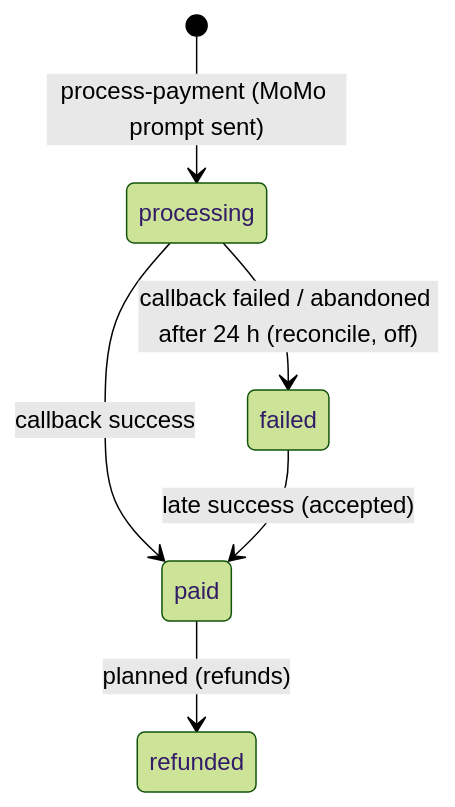
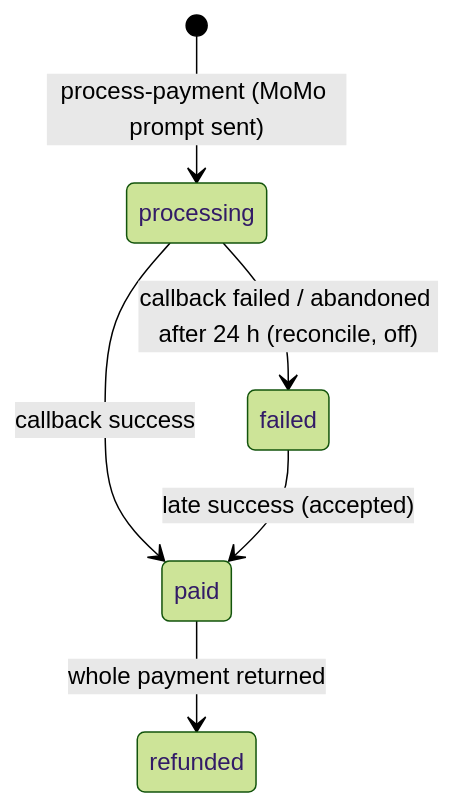
The third of 10 diagrams in docs/architecture/04-lifecycles.md (tangaza360-max/unipicks), drawn with Mermaid (forest theme) before and after one commit. The commit also changed other lines of this file and 8 other files, not shown here.

````diff
--- a/docs/architecture/04-lifecycles.md
+++ b/docs/architecture/04-lifecycles.md
@@ -56,8 +57,8 @@
 ```mermaid
 stateDiagram-v2
   [*] --> processing: process-payment (MoMo prompt sent)
   processing --> paid: callback success
   processing --> failed: callback failed / abandoned after 24 h (reconcile, off)
   failed --> paid: late success (accepted)
-  paid --> refunded: planned (refunds)
+  paid --> refunded: whole payment returned
 ```
````
